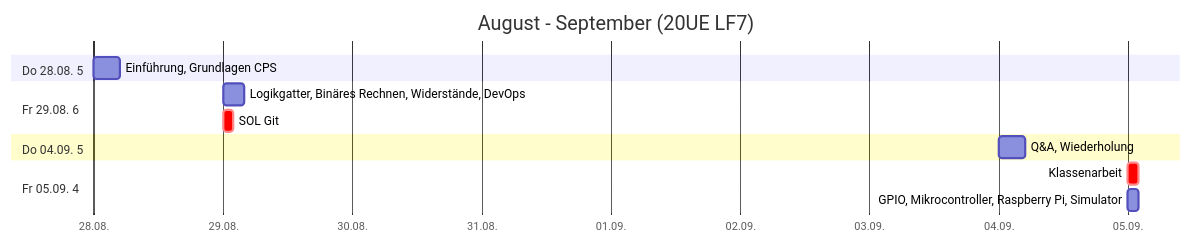
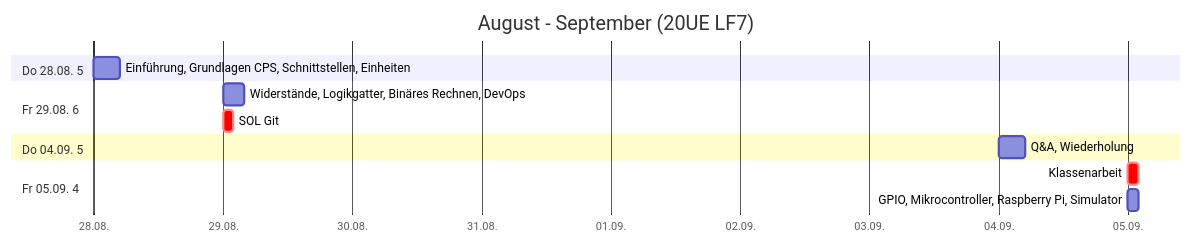
One commit to jonasnemeth/LF7 changed the first of 6 diagrams in src/plan.md. Above: the diagram before and after it, drawn with Mermaid. The commit also changed other lines of this file and 7 other files, not shown here.

Commit message:
grundlagen cps

````diff
--- a/src/plan.md
+++ b/src/plan.md
@@ -5,16 +5,16 @@
 ```mermaid
 gantt
  title August - September (20UE LF7)
  dateFormat YYYY-MM-DD
  axisFormat %d.%m.
  section Do 28.08. 5
-  Einführung, Grundlagen CPS  :2025-08-28, 5h
+  Einführung, Grundlagen CPS, Schnittstellen, Einheiten  :2025-08-28, 5h
  section Fr 29.08. 6
-  Logikgatter, Binäres Rechnen, Widerstände, DevOps  :2025-08-29, 4h
+  Widerstände, Logikgatter, Binäres Rechnen, DevOps  :2025-08-29, 4h
   SOL Git                     :crit, 2025-08-29, 2h
  section Do 04.09. 5
   Q&A, Wiederholung           :2025-09-04, 5h
  section Fr 05.09. 4
   Klassenarbeit               :crit, 2025-09-05, 2h
   GPIO, Mikrocontroller, Raspberry Pi, Simulator  :2025-09-05, 2h
 ```
````
